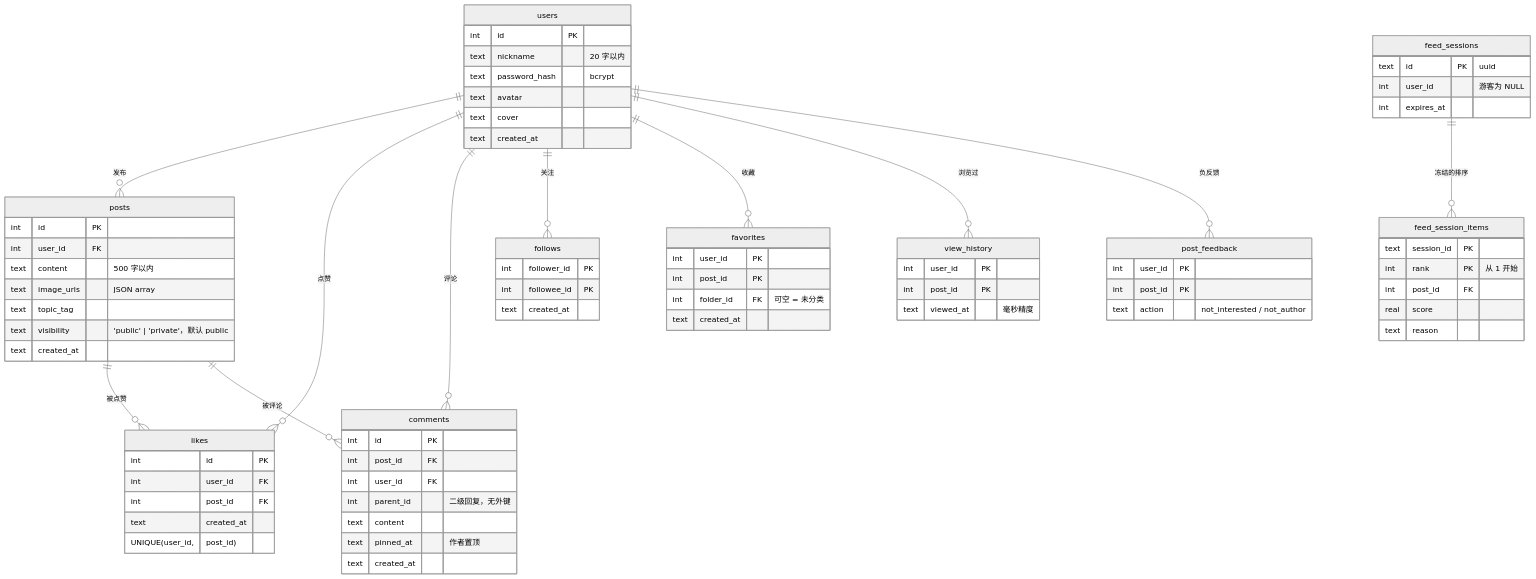
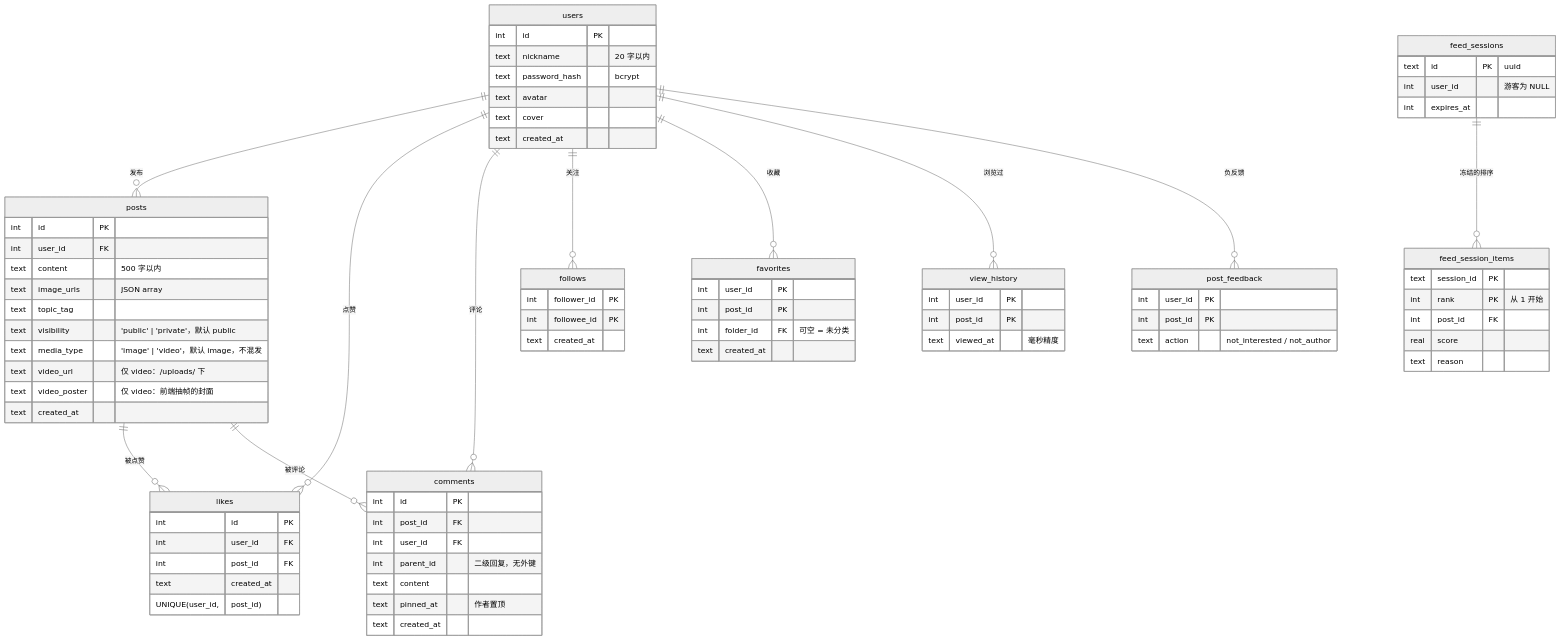
Before and after one commit to Liao-wenxuan/content-sharing-platform: the first of 2 diagrams in docs/architecture.md, drawn with Mermaid (neutral theme). The commit also changed other lines of this file and 44 other files, not shown here.

```diff
--- a/docs/architecture.md
+++ b/docs/architecture.md
@@ -37,6 +37,9 @@
         text image_urls "JSON array"
         text topic_tag
         text visibility "'public' | 'private'，默认 public"
+        text media_type "'image' | 'video'，默认 image，不混发"
+        text video_url "仅 video：/uploads/ 下"
+        text video_poster "仅 video：前端抽帧的封面"
         text created_at
     }
     likes {
```
